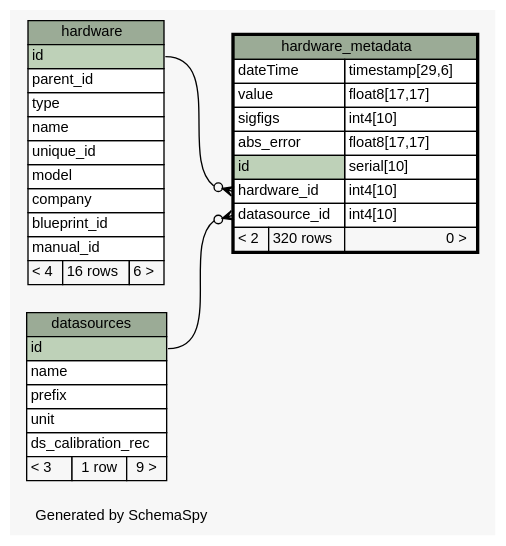
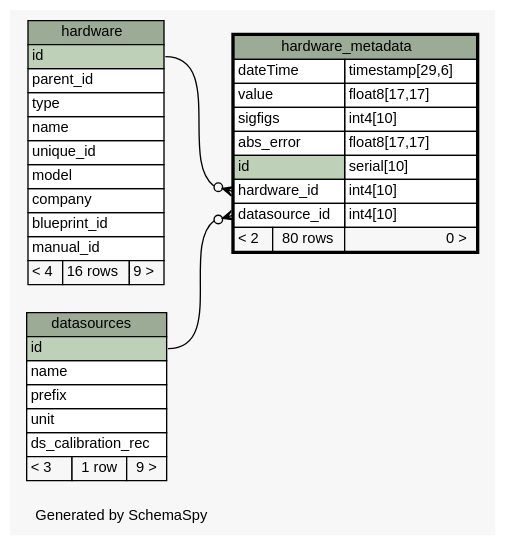
Before and after one commit to tgbugs/mlab: the diagram in database/ss/diagrams/hardware_metadata.1degree.dot, drawn with Graphviz. The commit also changed 221 other files, not shown here.

```diff
--- a/database/ss/diagrams/hardware_metadata.1degree.dot
+++ b/database/ss/diagrams/hardware_metadata.1degree.dot
@@ -1,72 +1,72 @@
 // dot 2.34.0 on Windows 7 6.1
 // SchemaSpy rev 590
 digraph "oneDegreeRelationshipsDiagram" {
   graph [
     rankdir="RL"
     bgcolor="#f7f7f7"
     label="\nGenerated by SchemaSpy"
     labeljust="l"
     nodesep="0.18"
     ranksep="0.46"
     fontname="Helvetica"
     fontsize="11"
   ];
   node [
     fontname="Helvetica"
     fontsize="11"
     shape="plaintext"
   ];
   edge [
     arrowsize="0.8"
   ];
   "hardware_metadata":"datasource_id":w -> "datasources":"id":e [arrowhead=none dir=back arrowtail=crowodot];
   "hardware_metadata":"hardware_id":w -> "hardware":"id":e [arrowhead=none dir=back arrowtail=crowodot];
   "datasources" [
     label=<
     <TABLE BORDER="0" CELLBORDER="1" CELLSPACING="0" BGCOLOR="#ffffff">
       <TR><TD COLSPAN="3" BGCOLOR="#9bab96" ALIGN="CENTER">datasources</TD></TR>
       <TR><TD PORT="id" COLSPAN="3" BGCOLOR="#bed1b8" ALIGN="LEFT">id</TD></TR>
       <TR><TD PORT="name" COLSPAN="3" ALIGN="LEFT">name</TD></TR>
       <TR><TD PORT="prefix" COLSPAN="3" ALIGN="LEFT">prefix</TD></TR>
       <TR><TD PORT="unit" COLSPAN="3" ALIGN="LEFT">unit</TD></TR>
       <TR><TD PORT="ds_calibration_rec" COLSPAN="3" ALIGN="LEFT">ds_calibration_rec</TD></TR>
       <TR><TD ALIGN="LEFT" BGCOLOR="#f7f7f7">&lt; 3</TD><TD ALIGN="RIGHT" BGCOLOR="#f7f7f7">1 row</TD><TD ALIGN="RIGHT" BGCOLOR="#f7f7f7">9 &gt;</TD></TR>
     </TABLE>>
     URL="datasources.html"
     tooltip="datasources"
   ];
   "hardware" [
     label=<
     <TABLE BORDER="0" CELLBORDER="1" CELLSPACING="0" BGCOLOR="#ffffff">
       <TR><TD COLSPAN="3" BGCOLOR="#9bab96" ALIGN="CENTER">hardware</TD></TR>
       <TR><TD PORT="id" COLSPAN="3" BGCOLOR="#bed1b8" ALIGN="LEFT">id</TD></TR>
       <TR><TD PORT="parent_id" COLSPAN="3" ALIGN="LEFT">parent_id</TD></TR>
       <TR><TD PORT="type" COLSPAN="3" ALIGN="LEFT">type</TD></TR>
       <TR><TD PORT="name" COLSPAN="3" ALIGN="LEFT">name</TD></TR>
       <TR><TD PORT="unique_id" COLSPAN="3" ALIGN="LEFT">unique_id</TD></TR>
       <TR><TD PORT="model" COLSPAN="3" ALIGN="LEFT">model</TD></TR>
       <TR><TD PORT="company" COLSPAN="3" ALIGN="LEFT">company</TD></TR>
       <TR><TD PORT="blueprint_id" COLSPAN="3" ALIGN="LEFT">blueprint_id</TD></TR>
       <TR><TD PORT="manual_id" COLSPAN="3" ALIGN="LEFT">manual_id</TD></TR>
-      <TR><TD ALIGN="LEFT" BGCOLOR="#f7f7f7">&lt; 4</TD><TD ALIGN="RIGHT" BGCOLOR="#f7f7f7">16 rows</TD><TD ALIGN="RIGHT" BGCOLOR="#f7f7f7">6 &gt;</TD></TR>
+      <TR><TD ALIGN="LEFT" BGCOLOR="#f7f7f7">&lt; 4</TD><TD ALIGN="RIGHT" BGCOLOR="#f7f7f7">16 rows</TD><TD ALIGN="RIGHT" BGCOLOR="#f7f7f7">9 &gt;</TD></TR>
     </TABLE>>
     URL="hardware.html"
     tooltip="hardware"
   ];
   "hardware_metadata" [
     label=<
     <TABLE BORDER="2" CELLBORDER="1" CELLSPACING="0" BGCOLOR="#ffffff">
       <TR><TD COLSPAN="3" BGCOLOR="#9bab96" ALIGN="CENTER">hardware_metadata</TD></TR>
       <TR><TD PORT="dateTime" COLSPAN="2" ALIGN="LEFT">dateTime</TD><TD PORT="dateTime.type" ALIGN="LEFT">timestamp[29,6]</TD></TR>
       <TR><TD PORT="value" COLSPAN="2" ALIGN="LEFT">value</TD><TD PORT="value.type" ALIGN="LEFT">float8[17,17]</TD></TR>
       <TR><TD PORT="sigfigs" COLSPAN="2" ALIGN="LEFT">sigfigs</TD><TD PORT="sigfigs.type" ALIGN="LEFT">int4[10]</TD></TR>
       <TR><TD PORT="abs_error" COLSPAN="2" ALIGN="LEFT">abs_error</TD><TD PORT="abs_error.type" ALIGN="LEFT">float8[17,17]</TD></TR>
       <TR><TD PORT="id" COLSPAN="2" BGCOLOR="#bed1b8" ALIGN="LEFT">id</TD><TD PORT="id.type" ALIGN="LEFT">serial[10]</TD></TR>
       <TR><TD PORT="hardware_id" COLSPAN="2" ALIGN="LEFT">hardware_id</TD><TD PORT="hardware_id.type" ALIGN="LEFT">int4[10]</TD></TR>
       <TR><TD PORT="datasource_id" COLSPAN="2" ALIGN="LEFT">datasource_id</TD><TD PORT="datasource_id.type" ALIGN="LEFT">int4[10]</TD></TR>
-      <TR><TD ALIGN="LEFT" BGCOLOR="#f7f7f7">&lt; 2</TD><TD ALIGN="RIGHT" BGCOLOR="#f7f7f7">320 rows</TD><TD ALIGN="RIGHT" BGCOLOR="#f7f7f7">0 &gt;</TD></TR>
+      <TR><TD ALIGN="LEFT" BGCOLOR="#f7f7f7">&lt; 2</TD><TD ALIGN="RIGHT" BGCOLOR="#f7f7f7">80 rows</TD><TD ALIGN="RIGHT" BGCOLOR="#f7f7f7">0 &gt;</TD></TR>
     </TABLE>>
     URL="hardware_metadata.html"
     tooltip="hardware_metadata"
   ];
 }
```
